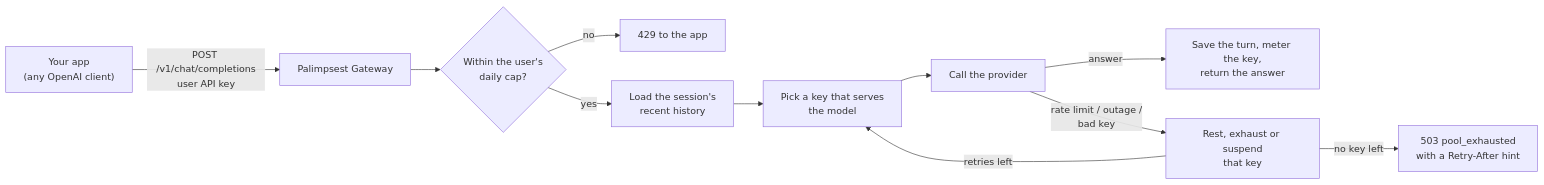
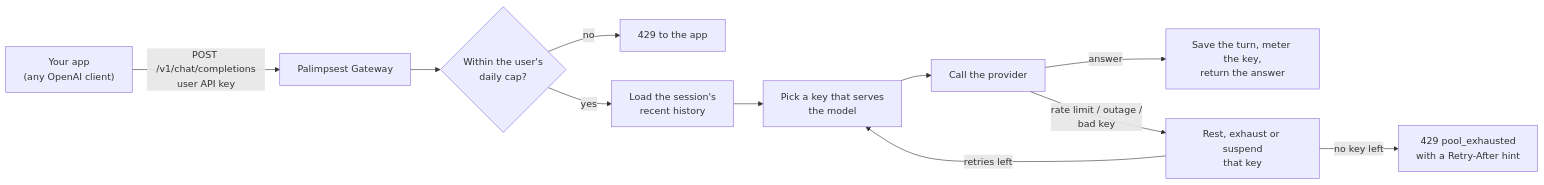
Before and after one commit to hammrouni/palimpsest-gateway: the diagram in README.md, drawn with Mermaid. The commit also changed other lines of this file and 27 other files, not shown here.

````diff
--- a/README.md
+++ b/README.md
@@ -48,13 +48,13 @@
 ```mermaid
 flowchart LR
     A["Your app<br/>(any OpenAI client)"] -->|"POST /v1/chat/completions<br/>user API key"| G["Palimpsest Gateway"]
     G --> Q{"Within the user's<br/>daily cap?"}
     Q -->|no| R["429 to the app"]
     Q -->|yes| S["Load the session's<br/>recent history"]
     S --> K["Pick a key that serves<br/>the model"]
     K --> P["Call the provider"]
     P -->|answer| OK["Save the turn, meter the key,<br/>return the answer"]
     P -->|"rate limit / outage /<br/>bad key"| F["Rest, exhaust or suspend<br/>that key"]
     F -->|"retries left"| K
-    F -->|"no key left"| X["503 pool_exhausted<br/>with a Retry-After hint"]
+    F -->|"no key left"| X["429 pool_exhausted<br/>with a Retry-After hint"]
 ```
````
